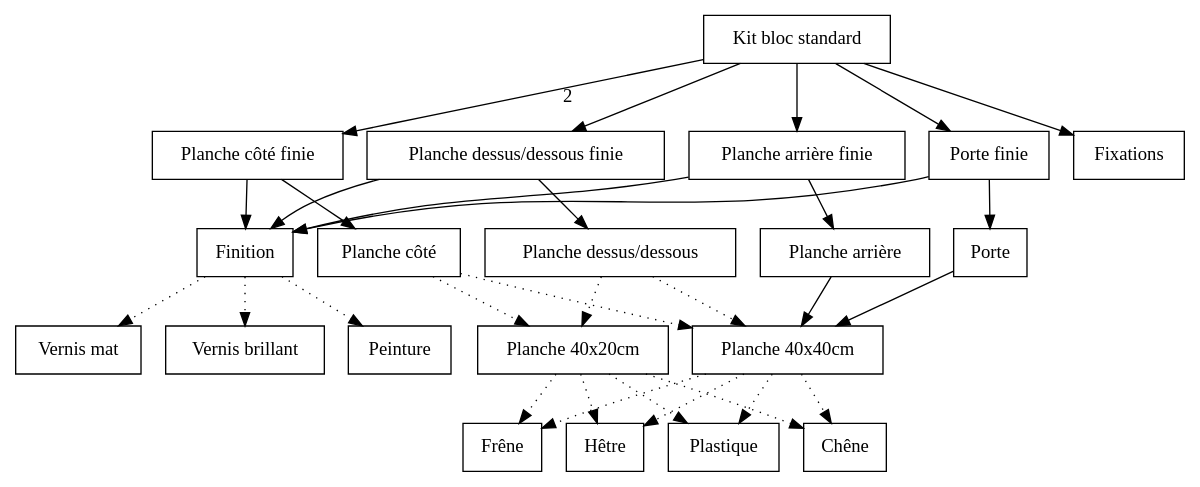
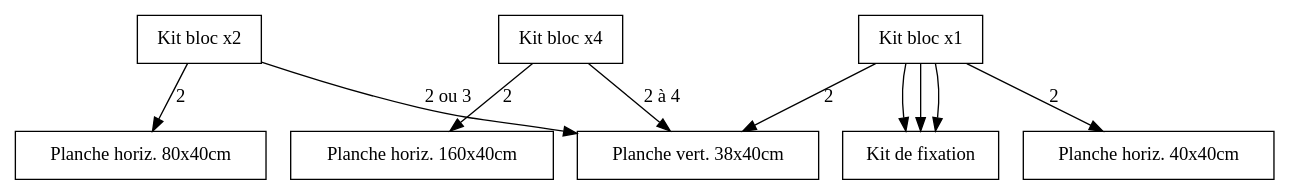
Before and after one commit to padenot/OGP: the diagram in nomenclature/src/bloc.dot, drawn with Graphviz. The commit also changed 5 other files, not shown here.

```diff
--- a/nomenclature/src/bloc.dot
+++ b/nomenclature/src/bloc.dot
@@ -1,70 +1,32 @@
 digraph
 {
-// Noeuds
+// Noeuds --------------------------------------------------
 	node[shape=box]
-	blocStd [label="Kit bloc standard"]
 
-	finition [label="Finition"]
-	vernisMat [label="Vernis mat"]
-	vernisBrillant [label="Vernis brillant"]
-	peinture [label="Peinture"]
+	// Produits finis
+	blocX1 [label="Kit bloc x1"]
+	blocX2 [label="Kit bloc x2"]
+	blocX4 [label="Kit bloc x4"]
 
-	plancheCote [label="Planche côté"]
-	plancheCoteFini [label="Planche côté finie"]
-	plancheHautBas [label="Planche dessus/dessous"]
-	plancheHautBasFini [label="Planche dessus/dessous finie"]
-	plancheArriere [label="Planche arrière"]
-	plancheArriereFini [label="Planche arrière finie"]
-	porte [label="Porte"]
-	porteFini [label="Porte finie"]
+	// Planches
+	plancheT3 [label="Planche horiz. 160x40cm"]
+	plancheT2 [label="Planche horiz. 80x40cm"]
+	plancheT1 [label="Planche horiz. 40x40cm"]
+	plancheT0 [label="Planche vert. 38x40cm"]
 
-	planche40x40 [label="Planche 40x40cm"]
-	planche40x20 [label="Planche 40x20cm"]
+	// Fixations
+	kitFixations [label="Kit de fixation"]
 
-	mpPlastique [label="Plastique"]
-	mpHetre [label="Hêtre"]
-	mpFrene [label="Frêne"]
-	mpChene [label="Chêne"]
-	fixations [label="Fixations"]
+// Arcs --------------------------------------------------
+	blocX1 -> plancheT0 [label="2"]
+	blocX1 -> plancheT1 [label="2"]
+	blocX1 -> kitFixations
 
-// Arcs
-	// Formation du kit
-	blocStd -> plancheCoteFini [label="2"]
-	blocStd -> plancheHautBasFini
-	blocStd -> plancheArriereFini
-	blocStd -> porteFini
-	blocStd -> fixations
+	blocX2 -> plancheT0 [label="2 ou 3"]
+	blocX2 -> plancheT2 [label="2"]
+	blocX1 -> kitFixations
 
-	// Finition
-	plancheArriereFini -> plancheArriere
-	plancheArriereFini -> finition
-	plancheHautBasFini -> plancheHautBas
-	plancheHautBasFini -> finition
-	plancheCoteFini -> plancheCote
-	plancheCoteFini -> finition
-	porteFini -> porte
-	porteFini -> finition
-
-	finition -> vernisMat [style=dotted]
-	finition -> vernisBrillant [style=dotted]
-	finition -> peinture [style=dotted]
-
-	// Transformation des planches
-	plancheCote -> planche40x40 [style=dotted]
-	plancheCote -> planche40x20 [style=dotted]
-	plancheHautBas -> planche40x40 [style=dotted]
-	plancheHautBas -> planche40x20 [style=dotted]
-	plancheArriere -> planche40x40
-	porte -> planche40x40
-
-	// Création des planches
-	planche40x40 -> mpPlastique [style=dotted]
-	planche40x40 -> mpHetre [style=dotted]
-	planche40x40 -> mpFrene [style=dotted]
-	planche40x40 -> mpChene [style=dotted]
-
-	planche40x20 -> mpPlastique [style=dotted]
-	planche40x20 -> mpHetre [style=dotted]
-	planche40x20 -> mpFrene [style=dotted]
-	planche40x20 -> mpChene [style=dotted]
+	blocX4 -> plancheT0 [label="2 à 4"]
+	blocX4 -> plancheT3 [label="2"]
+	blocX1 -> kitFixations
 }
```
